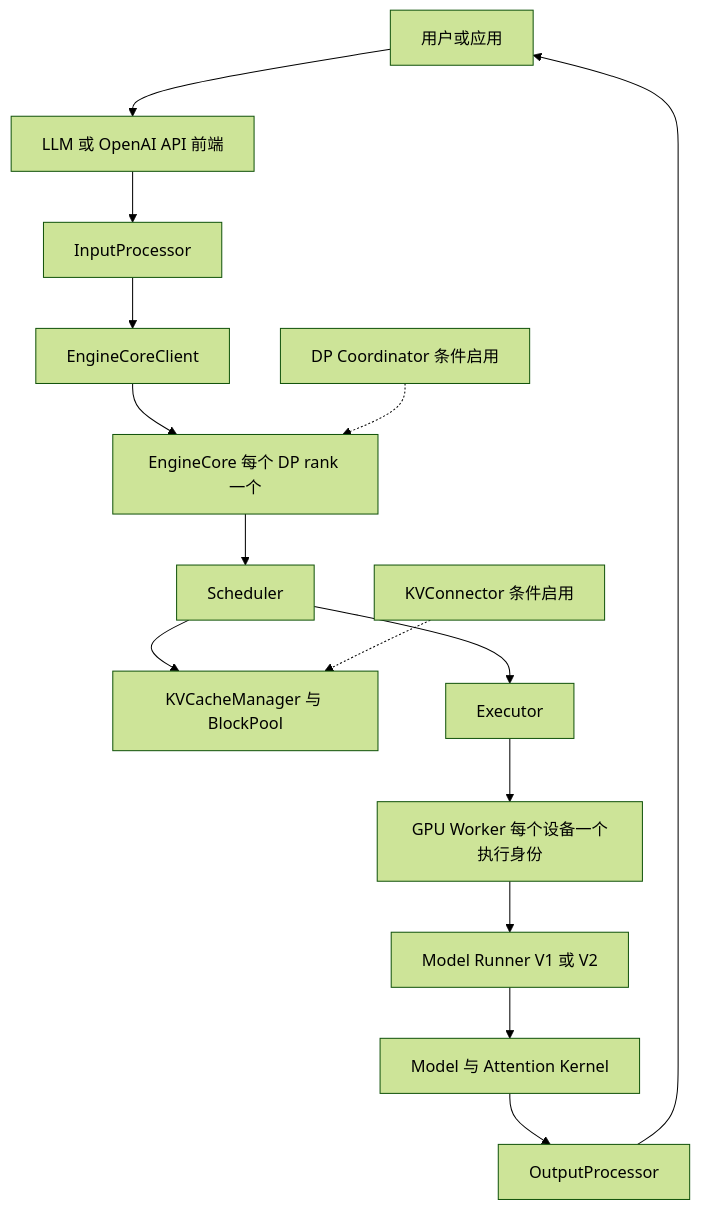
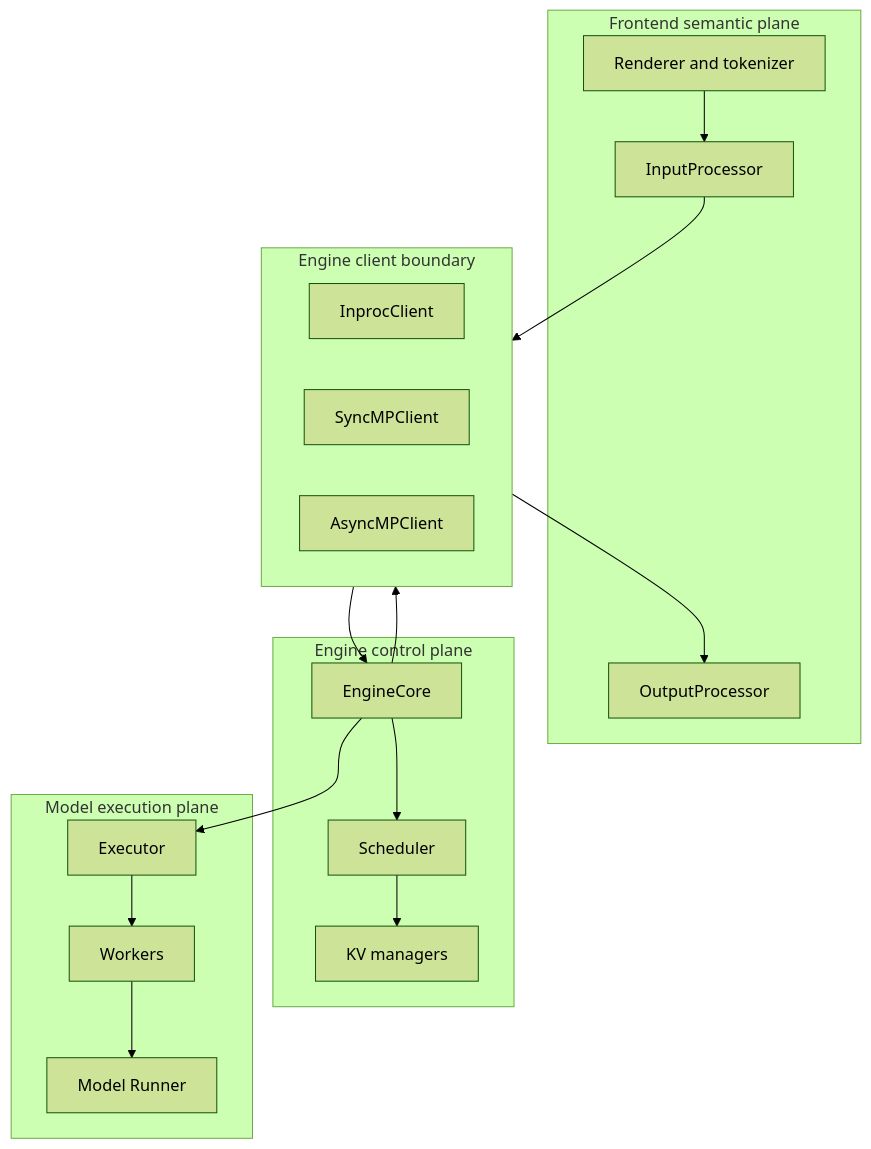
The first of 2 diagrams in wiki/02_engineering/03_infer_frameworks/vllm/10_vllm_engine_architecture_analysis.md (suhaibo666/llm-knowledge), drawn with Mermaid (forest theme) before and after one commit. The commit also changed other lines of this file and 21 other files, not shown here.

````diff
--- a/wiki/02_engineering/03_infer_frameworks/vllm/10_vllm_engine_architecture_analysis.md
+++ b/wiki/02_engineering/03_infer_frameworks/vllm/10_vllm_engine_architecture_analysis.md
@@ -12,17 +21,29 @@
 ```mermaid
 flowchart TB
-  U["用户或应用"] --> FE["LLM 或 OpenAI API 前端"]
-  FE --> IP["InputProcessor"]
-  IP --> CC["EngineCoreClient"]
-  CC --> EC["EngineCore 每个 DP rank 一个"]
-  EC --> S["Scheduler"]
-  S --> KV["KVCacheManager 与 BlockPool"]
-  S --> EX["Executor"]
-  EX --> W["GPU Worker 每个设备一个执行身份"]
-  W --> MR["Model Runner V1 或 V2"]
-  MR --> M["Model 与 Attention Kernel"]
-  M --> OP["OutputProcessor"]
-  OP --> U
-  CO["DP Coordinator 条件启用"] -.-> EC
-  KC["KVConnector 条件启用"] -.-> KV
+  subgraph Frontend["Frontend semantic plane"]
+    Renderer["Renderer and tokenizer"]
+    Input["InputProcessor"]
+    Output["OutputProcessor"]
+  end
+  subgraph Client["Engine client boundary"]
+    Inproc["InprocClient"]
+    Sync["SyncMPClient"]
+    Async["AsyncMPClient"]
+  end
+  subgraph Core["Engine control plane"]
+    EC["EngineCore"]
+    S["Scheduler"]
+    KV["KV managers"]
+  end
+  subgraph Device["Model execution plane"]
+    EX["Executor"]
+    W["Workers"]
+    MR["Model Runner"]
+  end
+  Renderer --> Input --> Client
+  Client --> EC
+  EC --> S
+  S --> KV
+  EC --> EX --> W --> MR
+  EC --> Client --> Output
 ```
````
